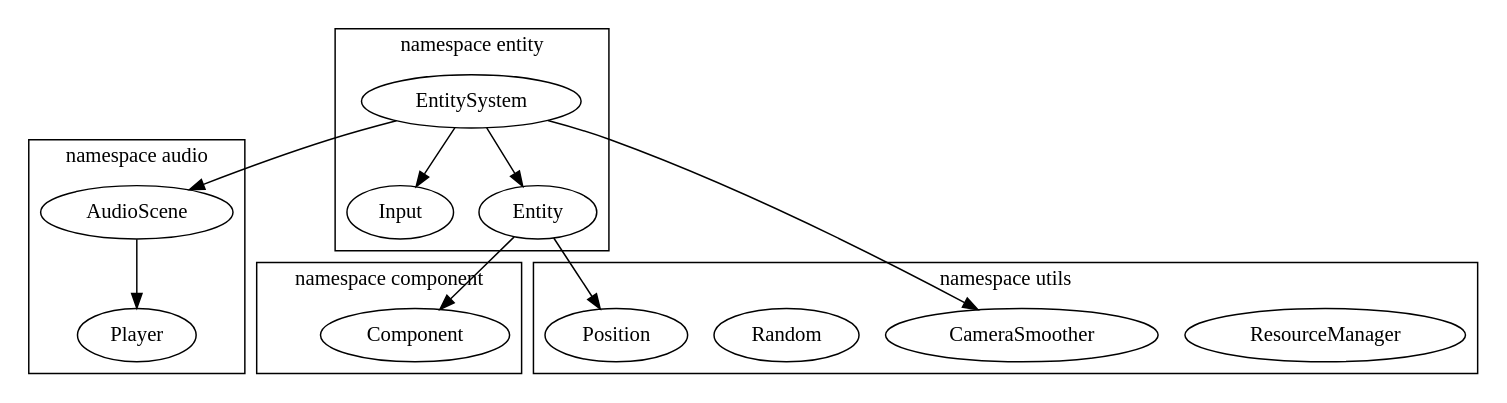
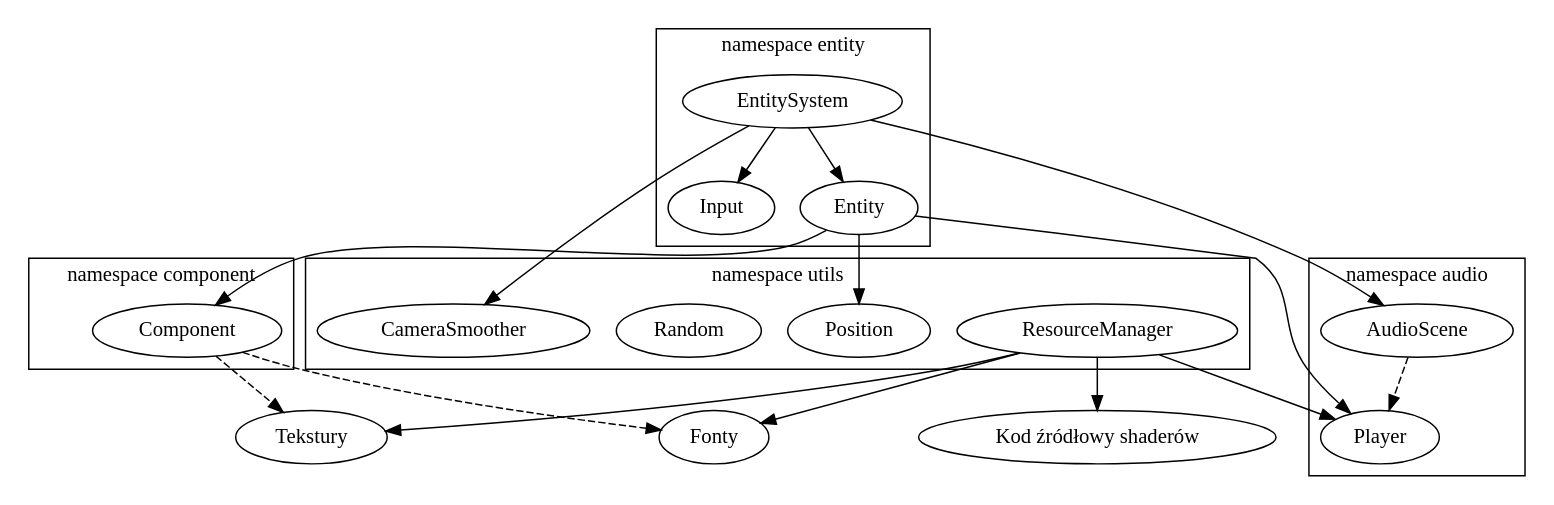
The diagram in docs/arch.dot (HakierGrzonzo/GrzesSFMLlib), drawn with Graphviz before and after one commit. The commit also changed 4 other files, not shown here.

```diff
--- a/docs/arch.dot
+++ b/docs/arch.dot
@@ -1,32 +1,42 @@
 digraph G {
 	//splines="FALSE";
+	Tekstury;
+	Fonty;
+	"Kod źródłowy shaderów";
 	subgraph cluster_Entity {
 		EntitySystem;
 		Input;
 		Entity;
 		label="namespace entity";
 	}
 	subgraph cluster_Component {
 		Component;
 		label="namespace component";
 	}
 	subgraph cluster_Audio {
 		AudioScene;
 		Player;
 		label="namespace audio";
 	}
 	subgraph cluster_Utils {
 		ResourceManager;
 		CameraSmoother;
 		Random;
 		Position;
 		label="namespace utils";
 	}
 	EntitySystem -> AudioScene;
 	EntitySystem -> Input;
 	EntitySystem -> Entity;
 	EntitySystem -> CameraSmoother;
 	Entity -> Component;
 	Entity -> Position;
-	AudioScene -> Player;
+	Entity -> Player;
+	ResourceManager -> Player;
+	ResourceManager -> Tekstury;
+	ResourceManager -> Fonty;
+	ResourceManager -> "Kod źródłowy shaderów";
+	Component -> Tekstury [style=dashed];
+	Component -> Fonty [style=dashed];
+	AudioScene -> Player  [style=dashed];
 }
```
